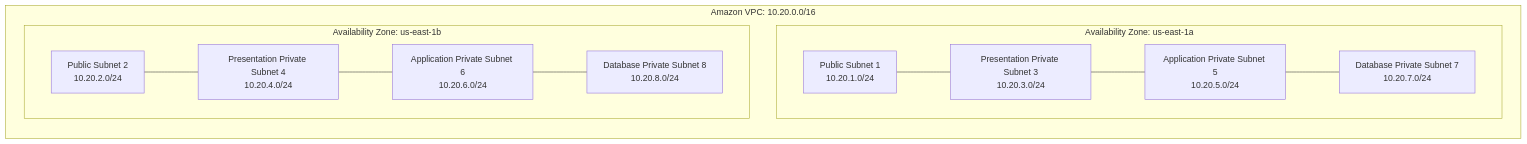
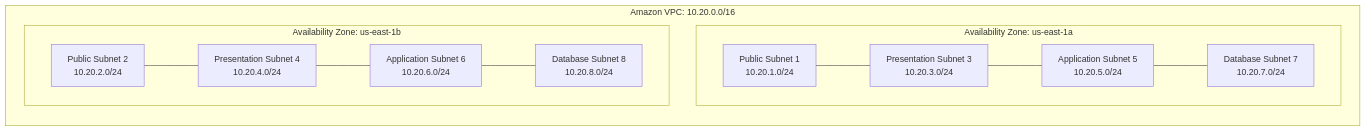
The second of 4 diagrams in README.md (someshtarra/bank_portal), drawn with Mermaid before and after one commit. The commit also changed other lines of this file, not shown here.

Commit message:
fix: sanitize Mermaid sequence diagram syntax in README.md for 100% clean GitHub rendering

````diff
--- a/README.md
+++ b/README.md
@@ -164,21 +169,21 @@
 ```mermaid
 graph LR
     subgraph VPC ["Amazon VPC: 10.20.0.0/16"]
         subgraph AZ_A ["Availability Zone: us-east-1a"]
             Subnet_1["Public Subnet 1<br/>10.20.1.0/24"]
-            Subnet_3["Presentation Private Subnet 3<br/>10.20.3.0/24"]
-            Subnet_5["Application Private Subnet 5<br/>10.20.5.0/24"]
-            Subnet_7["Database Private Subnet 7<br/>10.20.7.0/24"]
+            Subnet_3["Presentation Subnet 3<br/>10.20.3.0/24"]
+            Subnet_5["Application Subnet 5<br/>10.20.5.0/24"]
+            Subnet_7["Database Subnet 7<br/>10.20.7.0/24"]
         end
 
         subgraph AZ_B ["Availability Zone: us-east-1b"]
             Subnet_2["Public Subnet 2<br/>10.20.2.0/24"]
-            Subnet_4["Presentation Private Subnet 4<br/>10.20.4.0/24"]
-            Subnet_6["Application Private Subnet 6<br/>10.20.6.0/24"]
-            Subnet_8["Database Private Subnet 8<br/>10.20.8.0/24"]
+            Subnet_4["Presentation Subnet 4<br/>10.20.4.0/24"]
+            Subnet_6["Application Subnet 6<br/>10.20.6.0/24"]
+            Subnet_8["Database Subnet 8<br/>10.20.8.0/24"]
         end
     end
 
     Subnet_1 --- Subnet_3 --- Subnet_5 --- Subnet_7
     Subnet_2 --- Subnet_4 --- Subnet_6 --- Subnet_8
 ```
````
